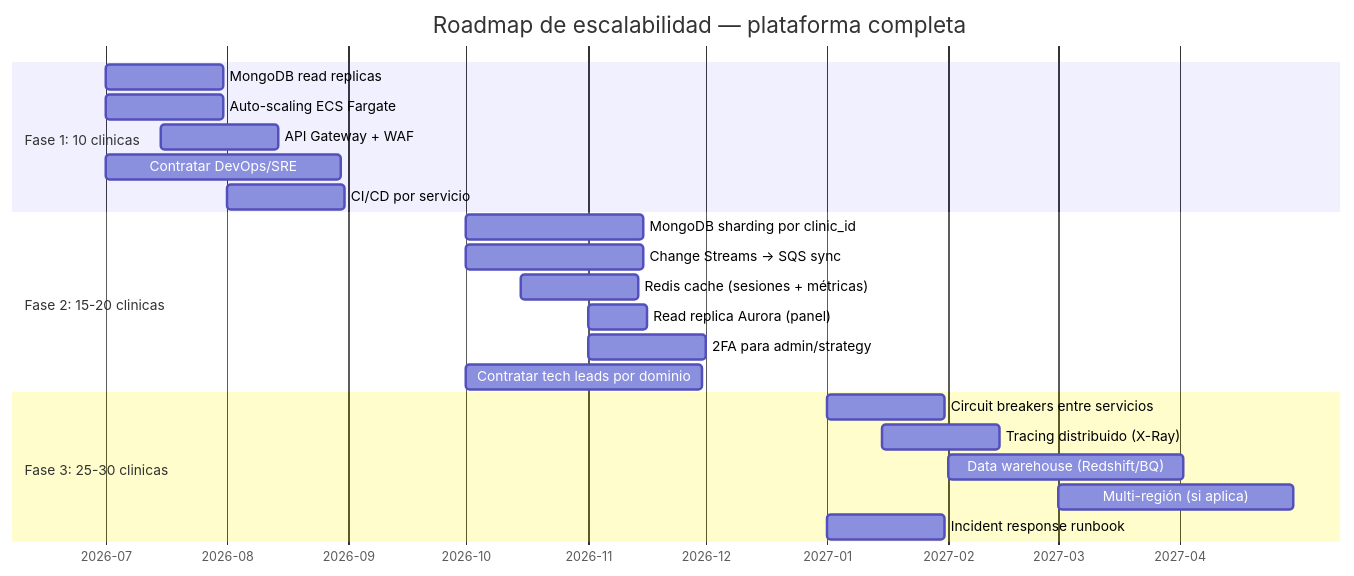
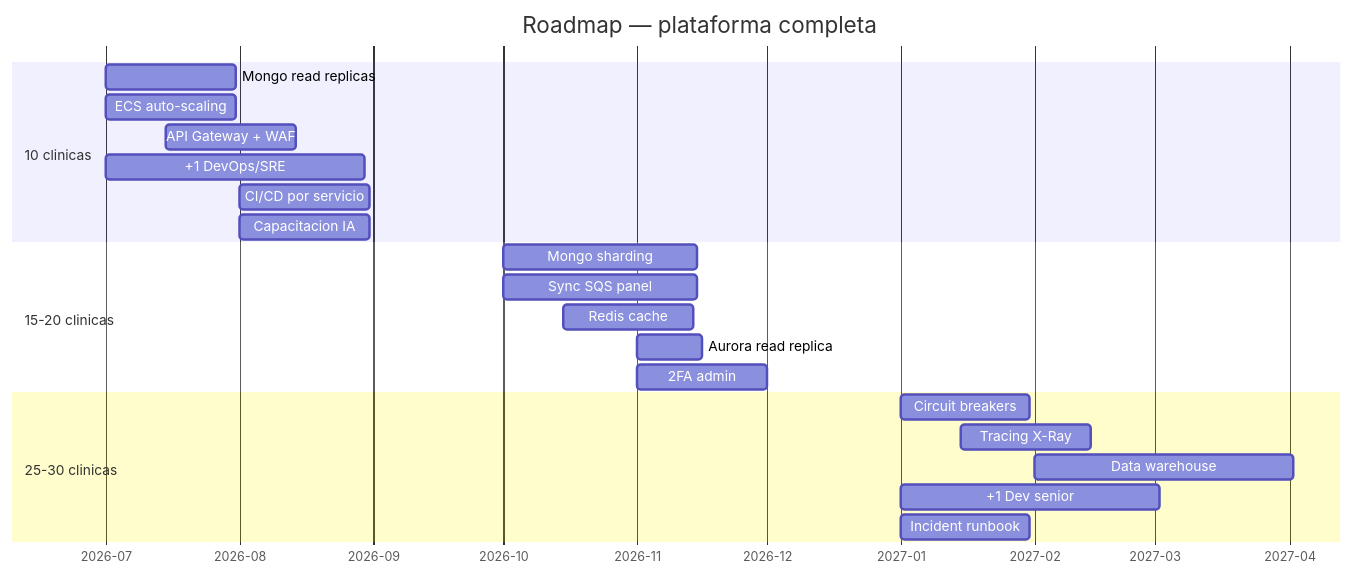
One commit to gmeono94/nua-salud-panel changed diagram 19 of 19 in README.md. Above: the diagram before and after it, drawn with Mermaid. The commit also changed other lines of this file, not shown here.

First line of the commit message:
fix: shorten Mermaid labels, fix 5→8 metrics text, rework team scaling

````diff
--- a/README.md
+++ b/README.md
@@ -912,28 +923,28 @@
 ```mermaid
 gantt
-    title Roadmap de escalabilidad — plataforma completa
+    title Roadmap — plataforma completa
     dateFormat YYYY-MM-DD
     axisFormat %Y-%m
 
-    section Fase 1: 10 clinicas
-    MongoDB read replicas              :2026-07-01, 30d
-    Auto-scaling ECS Fargate           :2026-07-01, 30d
-    API Gateway + WAF                  :2026-07-15, 30d
-    Contratar DevOps/SRE               :2026-07-01, 60d
-    CI/CD por servicio                 :2026-08-01, 30d
+    section 10 clinicas
+    Mongo read replicas   :2026-07-01, 30d
+    ECS auto-scaling      :2026-07-01, 30d
+    API Gateway + WAF     :2026-07-15, 30d
+    +1 DevOps/SRE         :2026-07-01, 60d
+    CI/CD por servicio    :2026-08-01, 30d
+    Capacitacion IA       :2026-08-01, 30d
 
-    section Fase 2: 15-20 clinicas
-    MongoDB sharding por clinic_id     :2026-10-01, 45d
-    Change Streams → SQS sync          :2026-10-01, 45d
-    Redis cache (sesiones + métricas)  :2026-10-15, 30d
-    Read replica Aurora (panel)        :2026-11-01, 15d
-    2FA para admin/strategy            :2026-11-01, 30d
-    Contratar tech leads por dominio   :2026-10-01, 60d
+    section 15-20 clinicas
+    Mongo sharding        :2026-10-01, 45d
+    Sync SQS panel        :2026-10-01, 45d
+    Redis cache           :2026-10-15, 30d
+    Aurora read replica   :2026-11-01, 15d
+    2FA admin             :2026-11-01, 30d
 
-    section Fase 3: 25-30 clinicas
-    Circuit breakers entre servicios   :2027-01-01, 30d
-    Tracing distribuido (X-Ray)        :2027-01-15, 30d
-    Data warehouse (Redshift/BQ)       :2027-02-01, 60d
-    Multi-región (si aplica)           :2027-03-01, 60d
-    Incident response runbook          :2027-01-01, 30d
+    section 25-30 clinicas
+    Circuit breakers      :2027-01-01, 30d
+    Tracing X-Ray         :2027-01-15, 30d
+    Data warehouse        :2027-02-01, 60d
+    +1 Dev senior         :2027-01-01, 60d
+    Incident runbook      :2027-01-01, 30d
 ```
````
